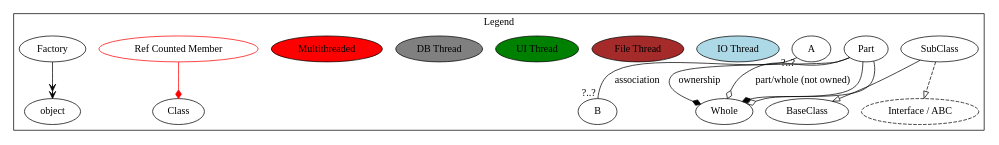
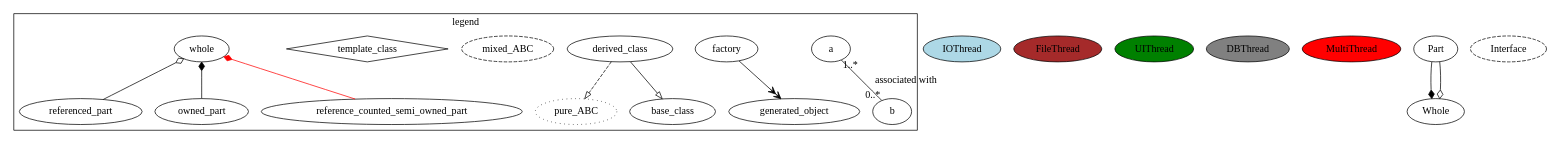
Before and after one commit to curiouserrandy/Personal-Config: the diagram in Templates/classdiag.dot, drawn with Graphviz.

Commit message:
Updated legend

```diff
--- a/Templates/classdiag.dot
+++ b/Templates/classdiag.dot
@@ -1,36 +1,47 @@
 digraph ExampleDiagram {
     subgraph cluster_legend {
-        label="Legend";
+	      label="legend";
+	    a;
+	    factory;
+	    derived_class;
+	    pure_ABC [style=dotted];
+	    mixed_ABC [style=dashed];
+	    template_class [shape=diamond]; # Link will name parameter(s)
 
-	## UML
-	SubClass -> BaseClass [arrowhead="empty"];
-	SubClass -> Interface [arrowhead="empty", style=dashed];
-	Part -> Whole [arrowhead="diamond", label="ownership"];
-	Part -> Whole [arrowhead="odiamond", label="part/whole (not owned)"];
-	A -> B [arrowhead="none", headlabel="?..?", taillabel="?..?",
-		label="association"];
-        Interface [label="Interface / ABC", style=dashed];
+	    whole;
 
-	## My invention/for chrome
-	IOThread [style=filled, fillcolor=lightblue, label="IO Thread"];
-	FileThread [style=filled, fillcolor=brown, label="File Thread"];
-	UIThread [style=filled, fillcolor=green, label="UI Thread"];
-	DBThread [style=filled, fillcolor=gray, label="DB Thread"];
-	MultiThread [style=filled, fillcolor=red, label="Multithreaded"];
-	Class1Legend [label="Class"]
-	RefCounted [color=red, label="Ref Counted Member"];
-	RefCounted -> Class1Legend [arrowhead=diamond, color=red];
+	      whole -> referenced_part		# Raw pointer
+		  [dir=back, arrowhead=none, arrowtail=odiamond];
 
-	Factory -> object [arrowhead=veevee];
+	      whole -> owned_part		# Member or scoped_ptr<>
+		  [dir=back, arrowhead=none, arrowtail=diamond];
+
+	      whole -> reference_counted_semi_owned_part
+		  [dir=back, arrowhead=none, arrowtail=diamond, color=red];
+
+	      derived_class -> base_class
+		  [dir=both, arrowhead=empty, arrowtail=none];
+
+	      derived_class -> pure_ABC
+		  [dir=both, arrowhead=empty, arrowtail=none, style=dashed];
+
+	      # May want to put inside rank=same subgraph.
+	      factory -> generated_object [arrowhead=veevee, weight=0];
+
+	      a -> b [headlabel="0..*", taillabel="1..*",
+		      label="associated with",
+		      arrowhead="none"];
+
+
     };
 
     ## Templates from above (that have legend labels)
     IOThread [style=filled, fillcolor=lightblue];
     FileThread [style=filled, fillcolor=brown];
     UIThread [style=filled, fillcolor=green];
     DBThread [style=filled, fillcolor=gray]
     MultiThread [style=filled, fillcolor=red];
     Part -> Whole [arrowhead="diamond"];
     Part -> Whole [arrowhead="odiamond"];
     Interface [style=dashed];
 }
```
